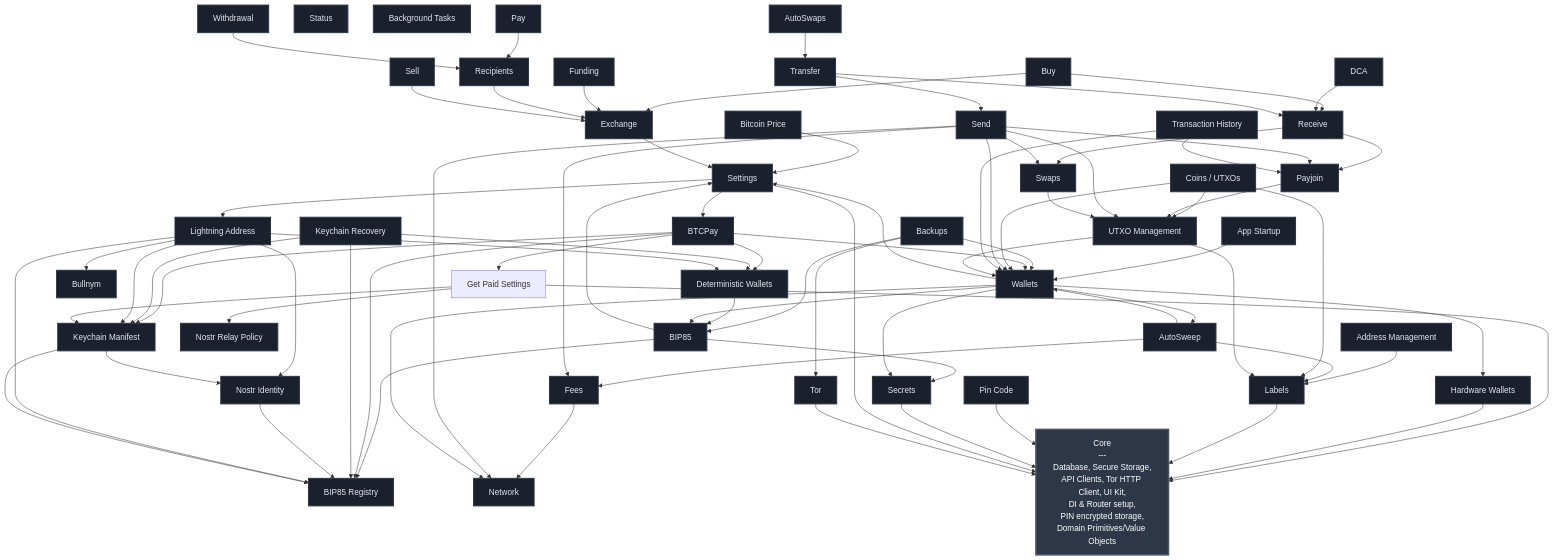
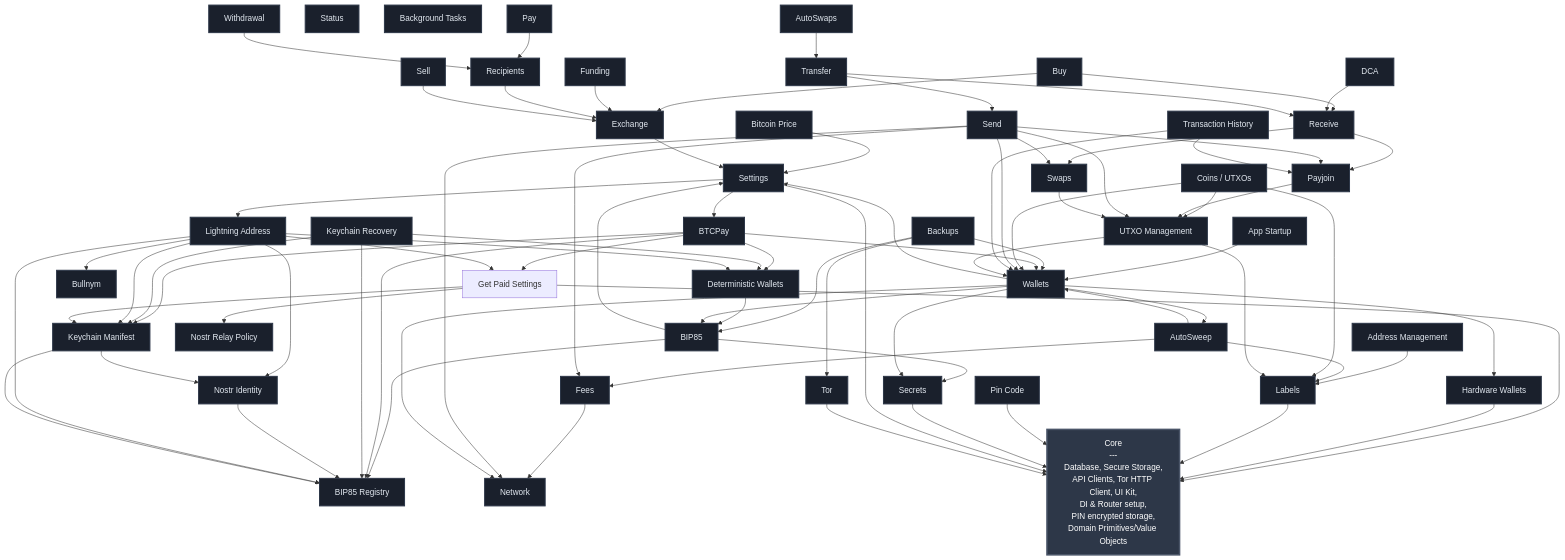
One commit to BullishNode/bullbitcoin-mobile changed the diagram in FEATURES.md. Above: the diagram before and after it, drawn with Mermaid. The commit also changed 5 other files, not shown here.

First line of the commit message:
feat(lightning_address): gate activation behind backup consent and publish the snapshot

```diff
--- a/FEATURES.md
+++ b/FEATURES.md
@@ -88,6 +88,7 @@
     LIGHTNING_ADDRESS --> DETERMINISTIC_WALLETS
     LIGHTNING_ADDRESS --> KEYCHAIN_MANIFEST
     LIGHTNING_ADDRESS --> NOSTR_IDENTITY
+    LIGHTNING_ADDRESS --> GET_PAID_SETTINGS
     GET_PAID_SETTINGS --> KEYCHAIN_MANIFEST
     GET_PAID_SETTINGS --> NOSTR_RELAY_POLICY
     GET_PAID_SETTINGS --> CORE
```
